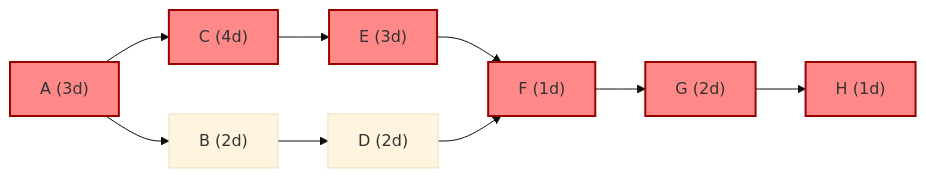
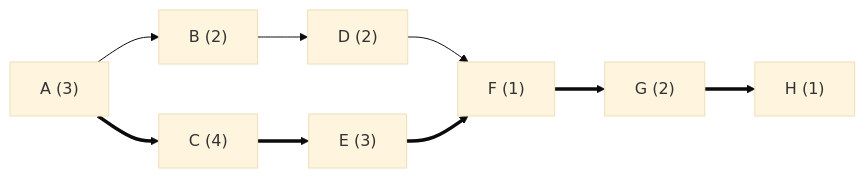
The diagram in eval/figure/generated/haiku/b-gantt.md (vrevolverrr/vicher), drawn with Mermaid (base theme) before and after one commit. The commit also changed other lines of this file and 105 other files, not shown here.

Commit message:
test(eval): regenerate the figure replies under the final prompt

````diff
--- a/eval/figure/generated/haiku/b-gantt.md
+++ b/eval/figure/generated/haiku/b-gantt.md
@@ -16,7 +18,11 @@
 ```mermaid
 flowchart LR
-  A["A (3d)"] --> C["C (4d)"] --> E["E (3d)"] --> F["F (1d)"] --> G["G (2d)"] --> H["H (1d)"]
-  A --> B["B (2d)"] --> D["D (2d)"] --> F
-  classDef crit fill:#f88,stroke:#900,stroke-width:2px
-  class A,C,E,F,G,H crit
+  A["A (3)"] ==> C["C (4)"]
+  A --> B["B (2)"]
+  B --> D["D (2)"]
+  C ==> E["E (3)"]
+  D --> F["F (1)"]
+  E ==> F
+  F ==> G["G (2)"]
+  G ==> H["H (1)"]
 ```
````
